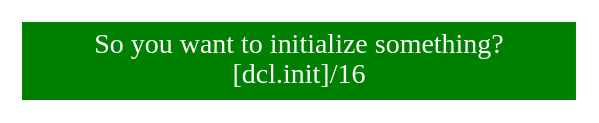
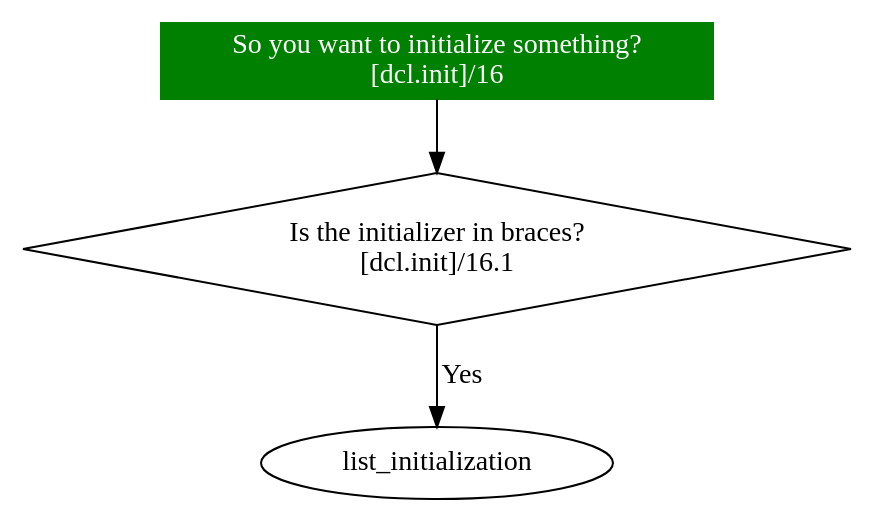
The diagram in flowchart.dot (randomnetcat/cpp_initialization), drawn with Graphviz before and after one commit.

Commit message:
Add braces question

```diff
--- a/flowchart.dot
+++ b/flowchart.dot
@@ -1,3 +1,6 @@
 digraph initialization {
     start [label="So you want to initialize something?\n[dcl.init]/16", style=filled, fillcolor=green, shape=box, color=green, fontcolor=white]
+    start -> is_braced
+    is_braced [label="Is the initializer in braces?\n[dcl.init]/16.1", shape=diamond]
+    is_braced -> list_initialization [label="Yes"]
 }
```
